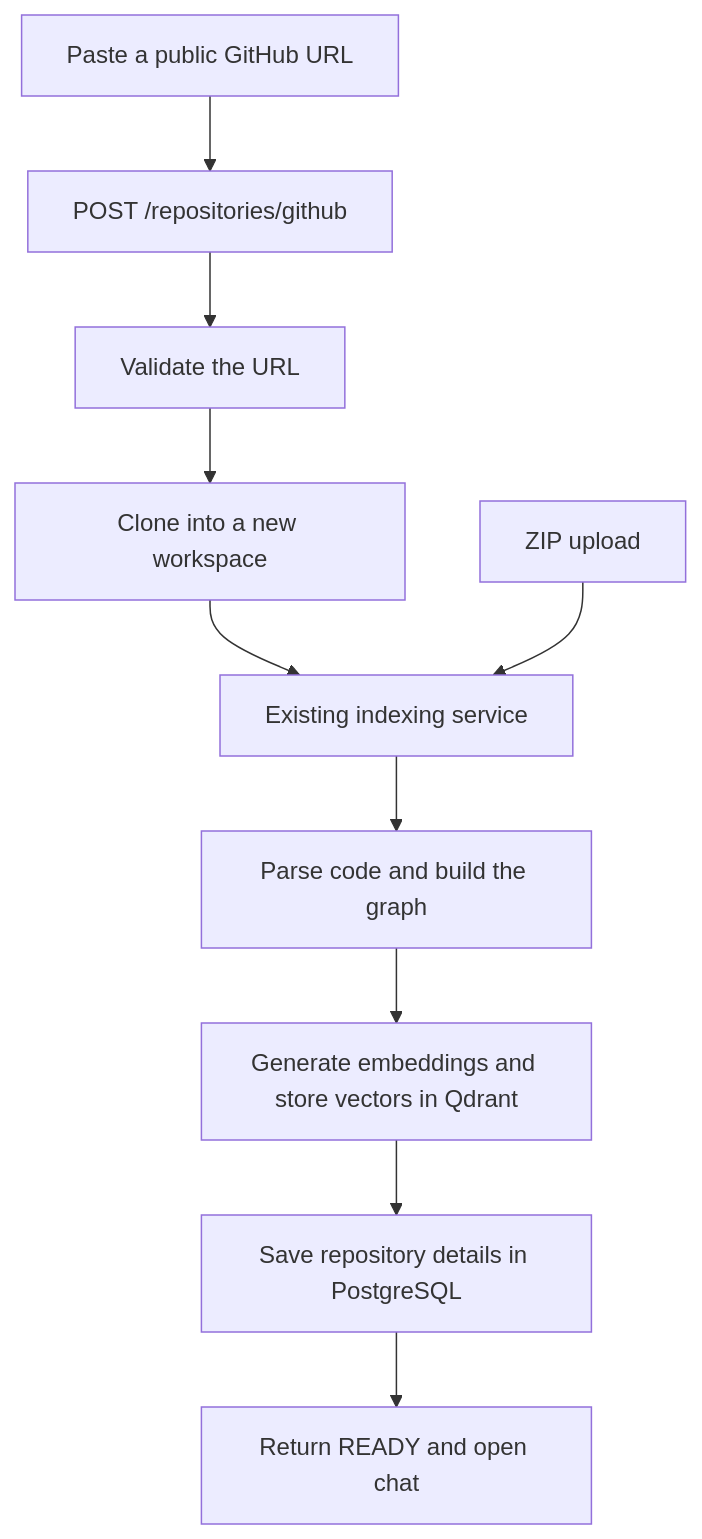
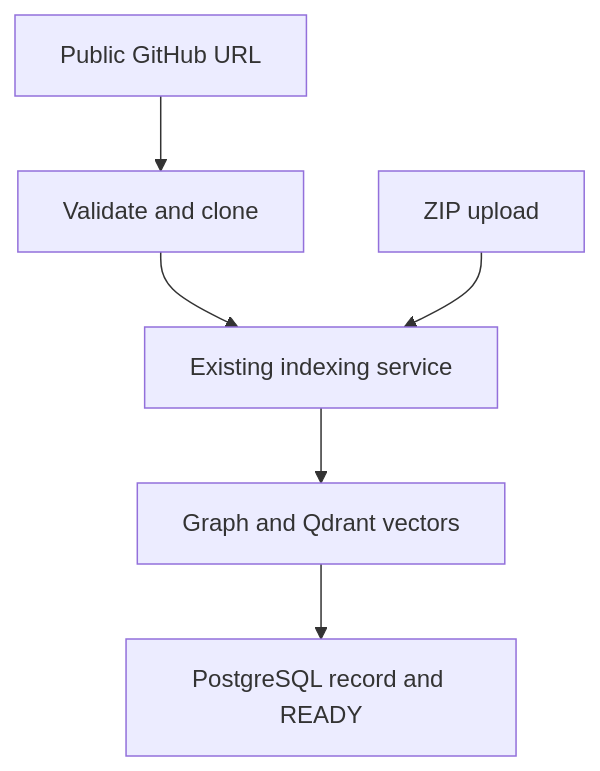
The diagram in docs/GITHUB-IMPORT.md (YashJain2410/CodeSage), drawn with Mermaid before and after one commit. The commit also changed other lines of this file and 13 other files, not shown here.

Commit message:
Fixed architecture and documentation

````diff
--- a/docs/GITHUB-IMPORT.md
+++ b/docs/GITHUB-IMPORT.md
@@ -7,12 +5,8 @@
 ```mermaid
 flowchart TD
-    A[Paste a public GitHub URL] --> B[POST /repositories/github]
-    B --> C[Validate the URL]
-    C --> D[Clone into a new workspace]
-    D --> E[Existing indexing service]
-    Z[ZIP upload] --> E
-    E --> F[Parse code and build the graph]
-    F --> G[Generate embeddings and store vectors in Qdrant]
-    G --> H[Save repository details in PostgreSQL]
-    H --> I[Return READY and open chat]
+    A[Public GitHub URL] --> B[Validate and clone]
+    B --> C[Existing indexing service]
+    Z[ZIP upload] --> C
+    C --> D[Graph and Qdrant vectors]
+    D --> E[PostgreSQL record and READY]
 ```
````
